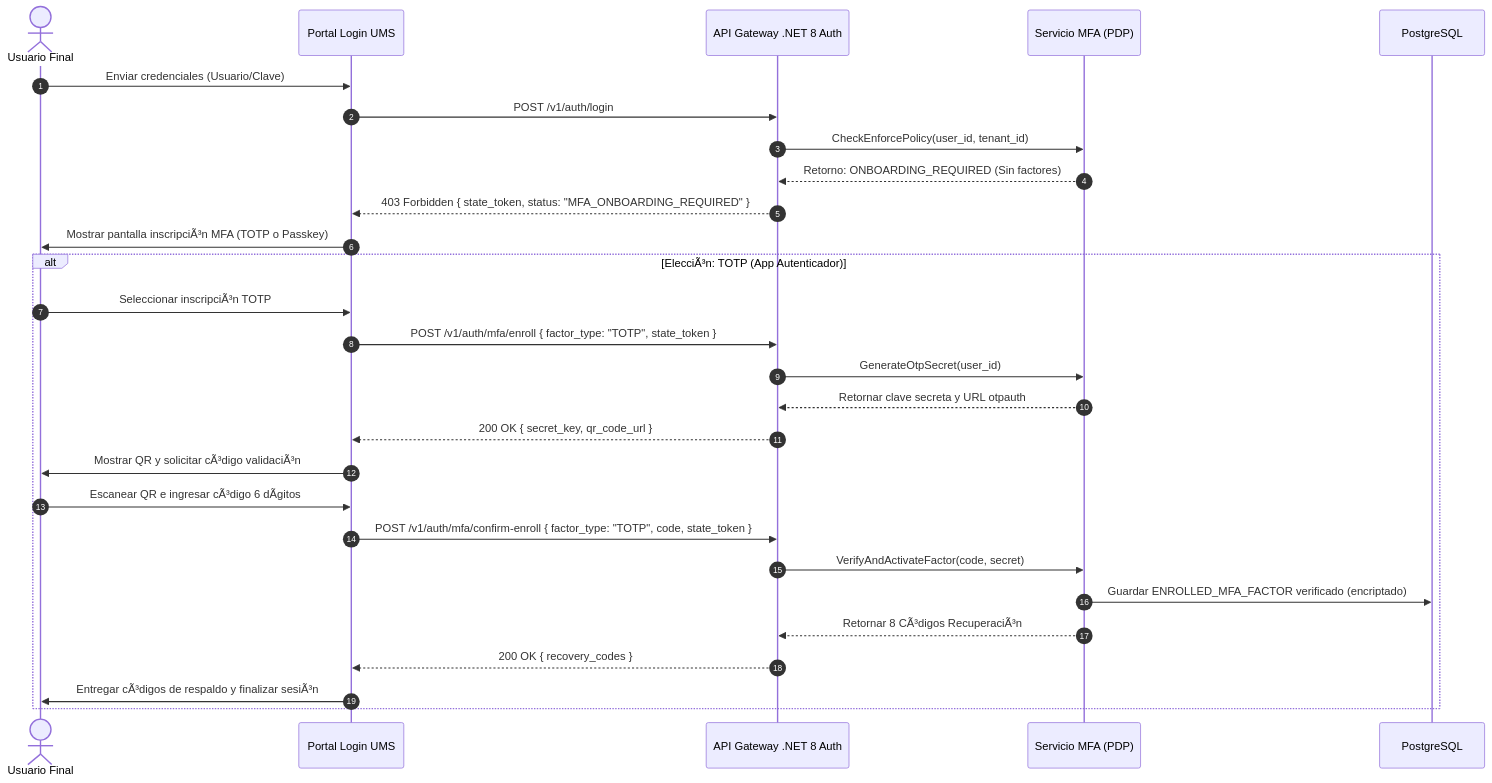
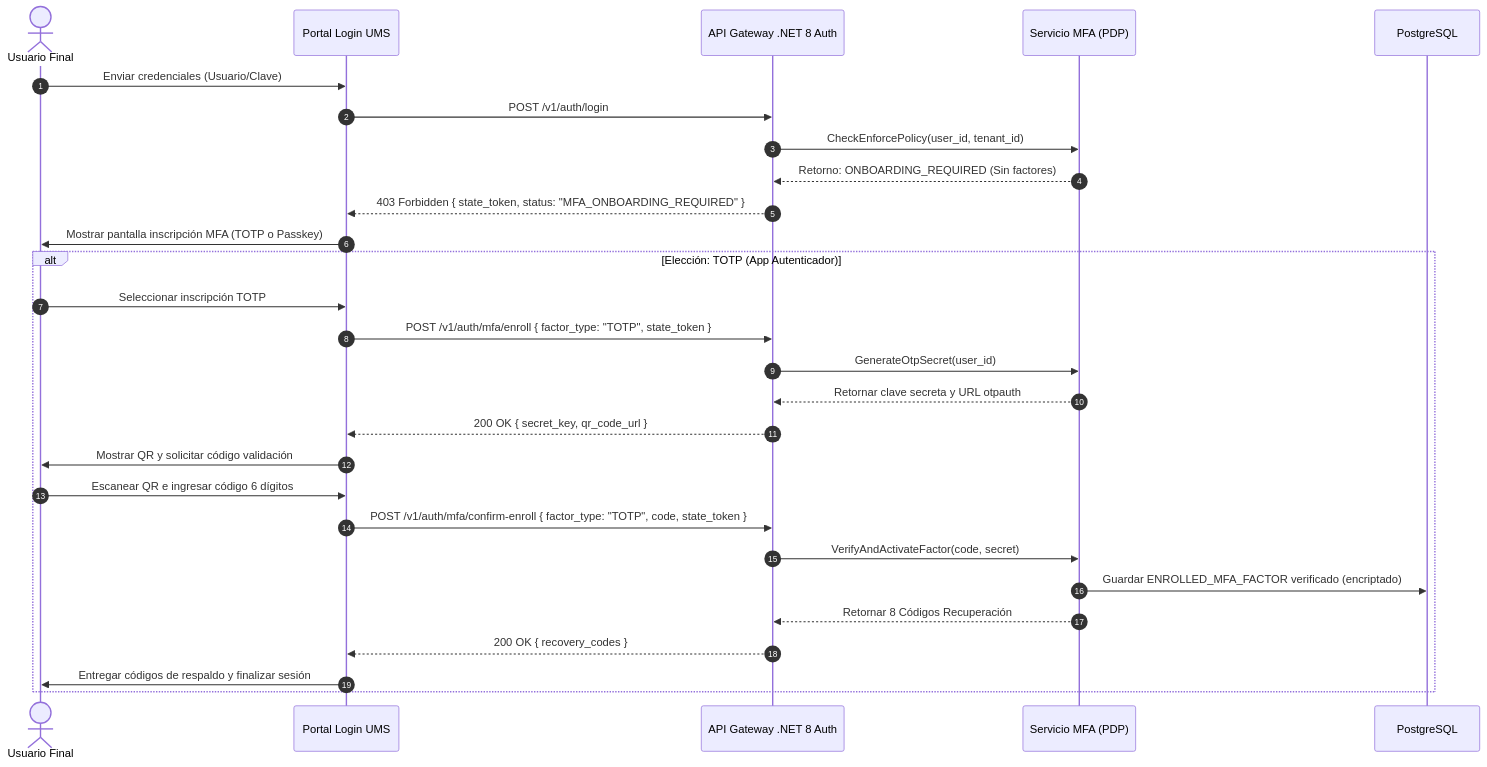
Before and after one commit to beyondnetcode/ums: the first of 2 diagrams in src/ums-workspace/docs/es/01-requirements/functional-stories/fs-09-mfa-passwordless-adaptive-auth.md, drawn with Mermaid. The commit also changed other lines of this file and 9 other files, not shown here.

````diff
--- a/src/ums-workspace/docs/es/01-requirements/functional-stories/fs-09-mfa-passwordless-adaptive-auth.md
+++ b/src/ums-workspace/docs/es/01-requirements/functional-stories/fs-09-mfa-passwordless-adaptive-auth.md
@@ -24,32 +24,32 @@
 ```mermaid
 sequenceDiagram
     autonumber
     actor User as Usuario Final
     participant Portal as Portal Login UMS
     participant Gateway as API Gateway .NET 8 Auth
     participant MFA as Servicio MFA (PDP)
     participant DB as PostgreSQL
 
     User->>Portal: Enviar credenciales (Usuario/Clave)
     Portal->>Gateway: POST /v1/auth/login
     Gateway->>MFA: CheckEnforcePolicy(user_id, tenant_id)
     MFA-->>Gateway: Retorno: ONBOARDING_REQUIRED (Sin factores)
     Gateway-->>Portal: 403 Forbidden { state_token, status: "MFA_ONBOARDING_REQUIRED" }
-    Portal->>User: Mostrar pantalla inscripciÃ³n MFA (TOTP o Passkey)
+    Portal->>User: Mostrar pantalla inscripción MFA (TOTP o Passkey)
     
-    alt ElecciÃ³n: TOTP (App Autenticador)
-        User->>Portal: Seleccionar inscripciÃ³n TOTP
+    alt Elección: TOTP (App Autenticador)
+        User->>Portal: Seleccionar inscripción TOTP
         Portal->>Gateway: POST /v1/auth/mfa/enroll { factor_type: "TOTP", state_token }
         Gateway->>MFA: GenerateOtpSecret(user_id)
         MFA-->>Gateway: Retornar clave secreta y URL otpauth
         Gateway-->>Portal: 200 OK { secret_key, qr_code_url }
-        Portal->>User: Mostrar QR y solicitar cÃ³digo validaciÃ³n
-        User->>Portal: Escanear QR e ingresar cÃ³digo 6 dÃ­gitos
+        Portal->>User: Mostrar QR y solicitar código validación
+        User->>Portal: Escanear QR e ingresar código 6 dígitos
         Portal->>Gateway: POST /v1/auth/mfa/confirm-enroll { factor_type: "TOTP", code, state_token }
         Gateway->>MFA: VerifyAndActivateFactor(code, secret)
         MFA->>DB: Guardar ENROLLED_MFA_FACTOR verificado (encriptado)
-        MFA-->>Gateway: Retornar 8 CÃ³digos RecuperaciÃ³n
+        MFA-->>Gateway: Retornar 8 Códigos Recuperación
         Gateway-->>Portal: 200 OK { recovery_codes }
-        Portal->>User: Entregar cÃ³digos de respaldo y finalizar sesiÃ³n
+        Portal->>User: Entregar códigos de respaldo y finalizar sesión
     end
 ```
````
